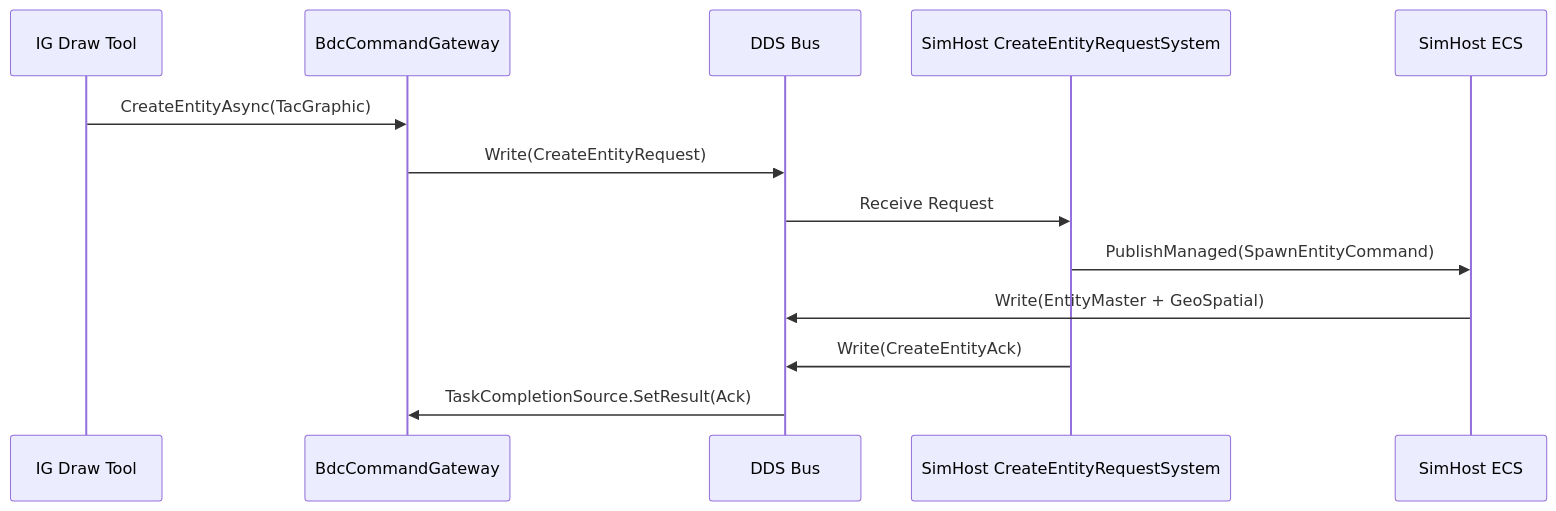
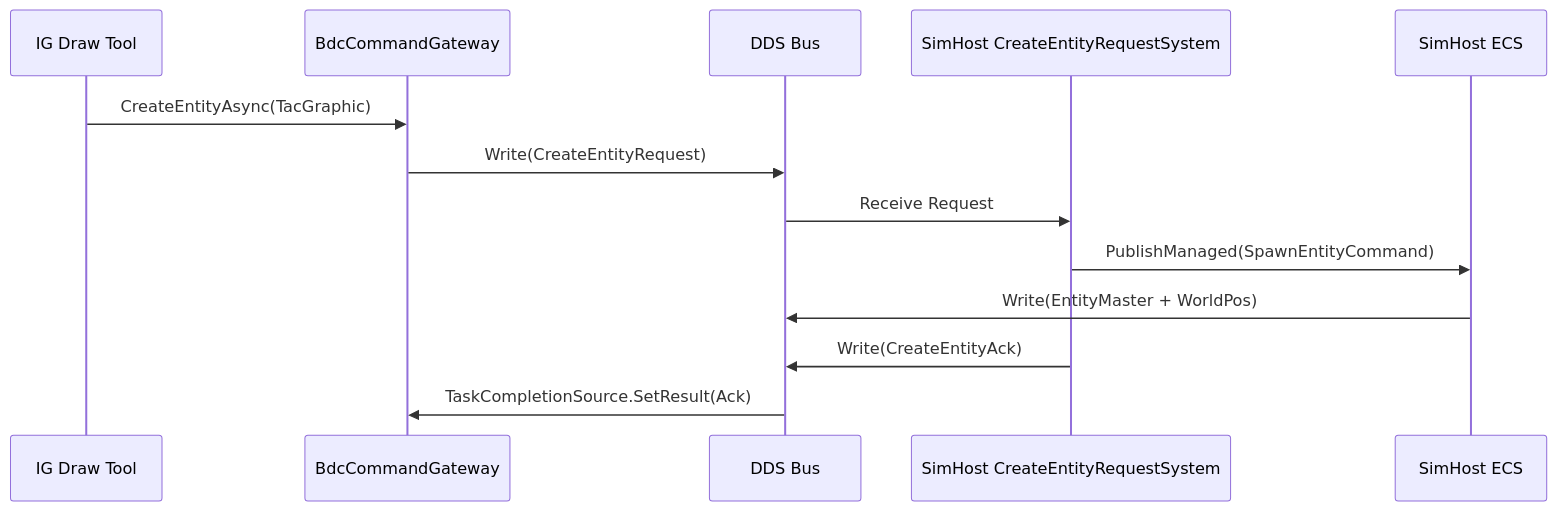
The third of 6 diagrams in .dev/others/DESIGN-Integration-Troubleshooting.md (pjanec/HROT), drawn with Mermaid before and after one commit. The commit also changed other lines of this file and 1539 other files, not shown here.

````diff
--- a/.dev/others/DESIGN-Integration-Troubleshooting.md
+++ b/.dev/others/DESIGN-Integration-Troubleshooting.md
@@ -268,16 +268,16 @@
 ```mermaid
 sequenceDiagram
     participant IGTool as IG Draw Tool
     participant GW as BdcCommandGateway
     participant DDS as DDS Bus
     participant SH as SimHost CreateEntityRequestSystem
     participant SH_ECS as SimHost ECS
 
     IGTool->>GW: CreateEntityAsync(TacGraphic)
     GW->>DDS: Write(CreateEntityRequest)
     DDS->>SH: Receive Request
     SH->>SH_ECS: PublishManaged(SpawnEntityCommand)
-    SH_ECS->>DDS: Write(EntityMaster + GeoSpatial)
+    SH_ECS->>DDS: Write(EntityMaster + WorldPos)
     SH->>DDS: Write(CreateEntityAck)
     DDS->>GW: TaskCompletionSource.SetResult(Ack)
 ```
````
